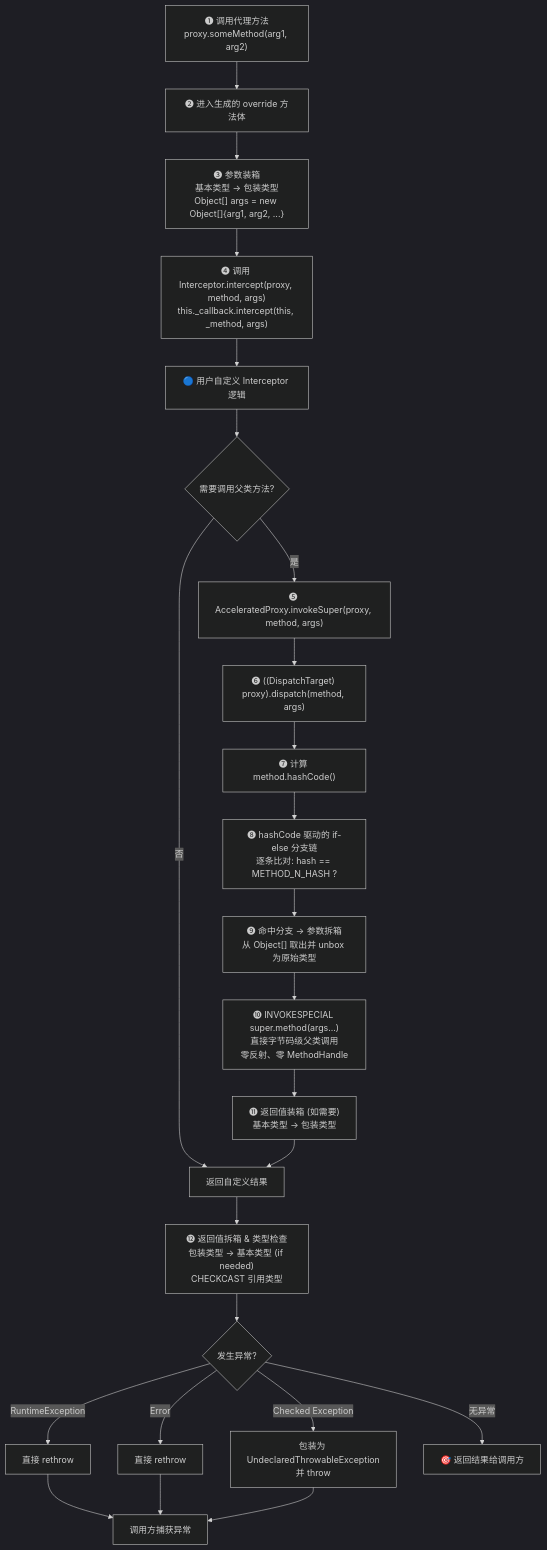
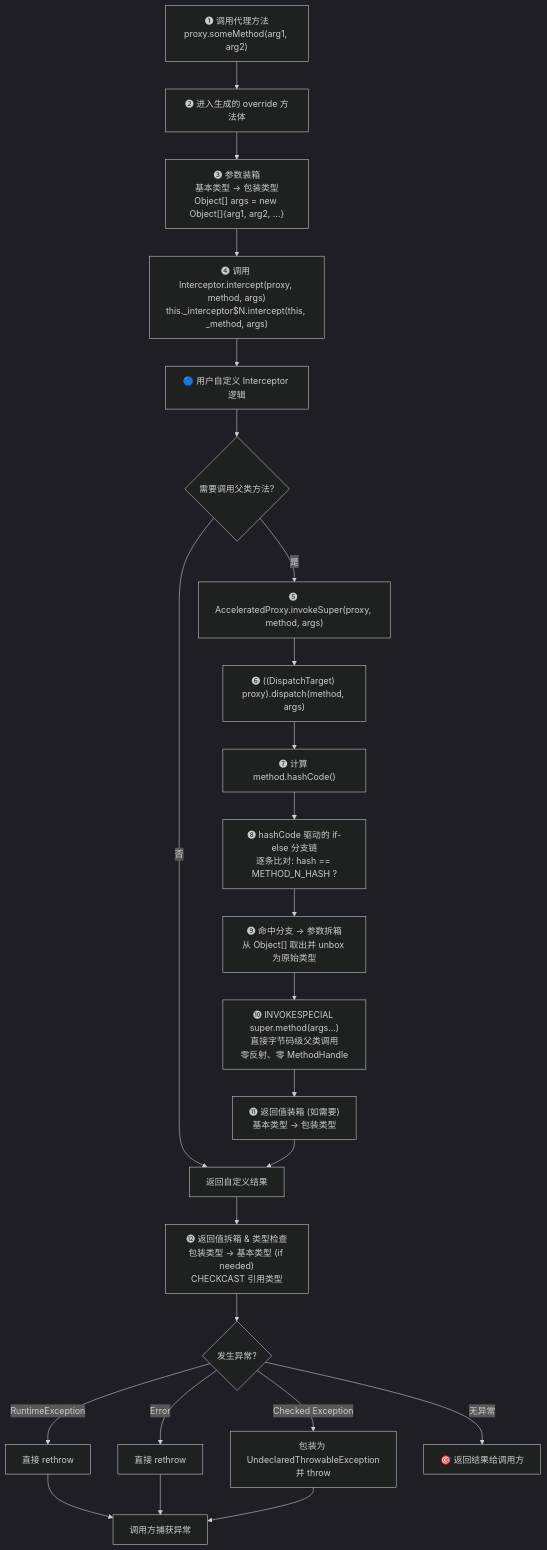
The second of 2 diagrams in README_CN.md (LamSpace/aps), drawn with Mermaid (dark theme) before and after one commit. The commit also changed other lines of this file and 3 other files, not shown here.

````diff
--- a/README_CN.md
+++ b/README_CN.md
@@ -144,27 +177,27 @@
 ```mermaid
 flowchart TD
     A["❶ 调用代理方法<br/>proxy.someMethod(arg1, arg2)"]
     A --> B["❷ 进入生成的 override 方法体"]
     B --> C["❸ 参数装箱<br/>基本类型 → 包装类型<br/>Object[] args = new Object[]{arg1, arg2, ...}"]
-    C --> D["❹ 调用 Interceptor.intercept(proxy, method, args)<br/>this._callback.intercept(this, _method, args)"]
+    C --> D["❹ 调用 Interceptor.intercept(proxy, method, args)<br/>this._interceptor$N.intercept(this, _method, args)"]
     D --> E["🔵 用户自定义 Interceptor 逻辑"]
     E --> F{"需要调用父类方法?"}
     F -->|" 是 "| G["❺ AcceleratedProxy.invokeSuper(proxy, method, args)"]
     F -->|" 否 "| H["返回自定义结果"]
     G --> I["❻ ((DispatchTarget) proxy).dispatch(method, args)"]
     I --> J["❼ 计算 method.hashCode()"]
     J --> K["❽ hashCode 驱动的 if-else 分支链<br/>逐条比对: hash == METHOD_N_HASH ?"]
     K --> L["❾ 命中分支 → 参数拆箱<br/>从 Object[] 取出并 unbox 为原始类型"]
     L --> M["❿ INVOKESPECIAL super.method(args...)<br/>直接字节码级父类调用<br/>零反射、零 MethodHandle"]
     M --> N["⓫ 返回值装箱 (如需要)<br/>基本类型 → 包装类型"]
     N --> H
     H --> O["⓬ 返回值拆箱 & 类型检查<br/>包装类型 → 基本类型 (if needed)<br/>CHECKCAST 引用类型"]
     O --> P{"发生异常?"}
     P -->|" RuntimeException "| Q["直接 rethrow"]
     P -->|" Error "| R["直接 rethrow"]
     P -->|" Checked Exception "| S["包装为 UndeclaredThrowableException<br/>并 throw"]
     P -->|" 无异常 "| T["🎯 返回结果给调用方"]
     Q --> U["调用方捕获异常"]
     R --> U
     S --> U
 ```
````
